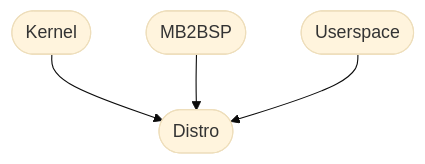
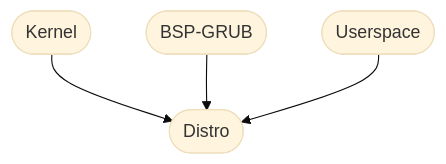
Before and after one commit to Arctan-OS/Distro: the diagram in README.md, drawn with Mermaid (base theme). The commit also changed other lines of this file and 3 other files, not shown here.

````diff
--- a/README.md
+++ b/README.md
@@ -8,10 +8,10 @@
 ```mermaid
 flowchart TD
         A(["Kernel"]) --> D
-        B(["MB2BSP"]) --> D
+        B(["BSP-GRUB"]) --> D
         C(["Userspace"]) --> D
         D(["Distro"])
         click A "https://github.com/Arctan-OS/Kernel" _blank
-        click B "https://github.com/Arctan-OS/MB2BSP" _blank
+        click B "https://github.com/Arctan-OS/BSP-GRUB" _blank
         click C "https://github.com/Arctan-OS/Userspace" _blank
 ```
````
